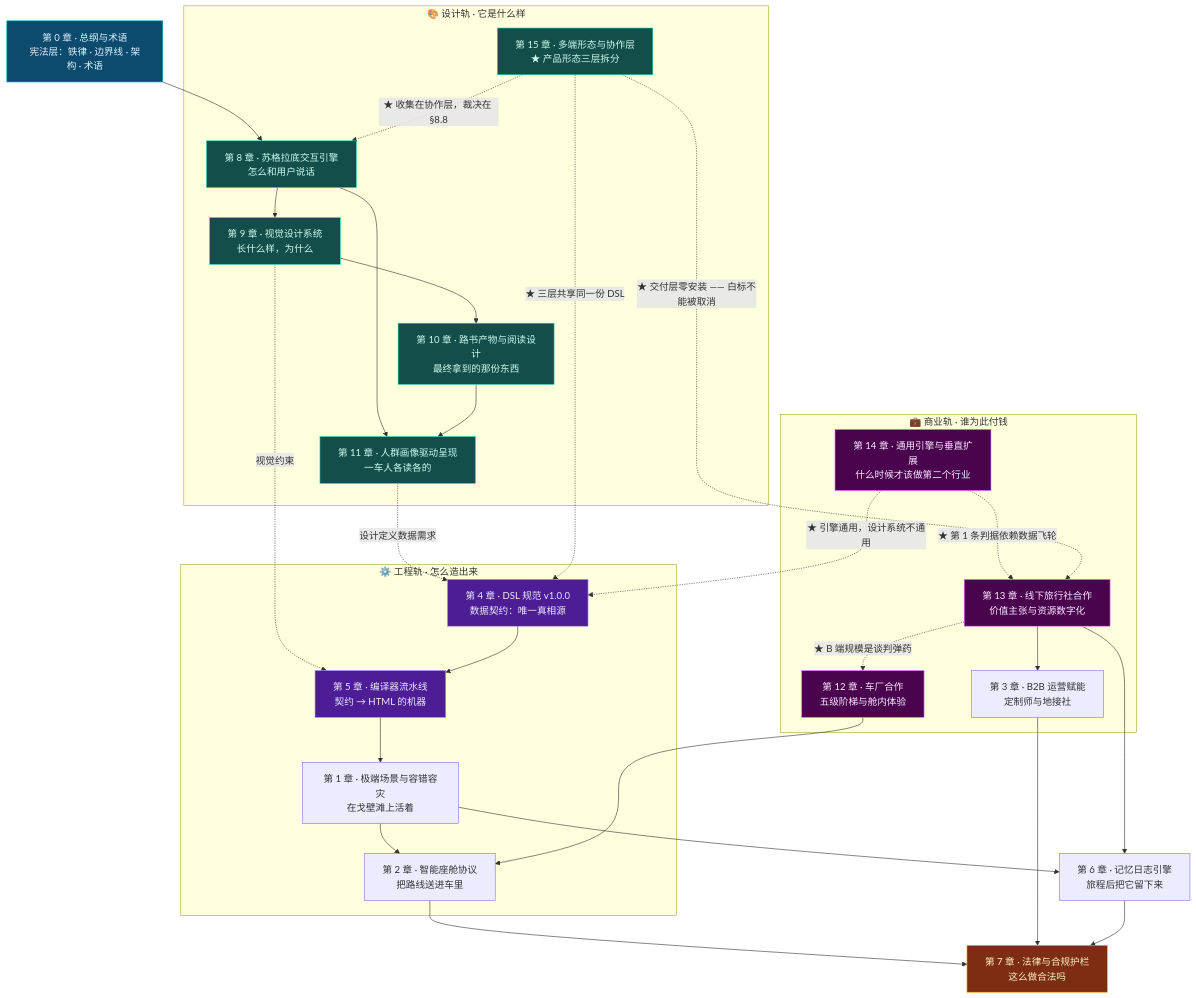
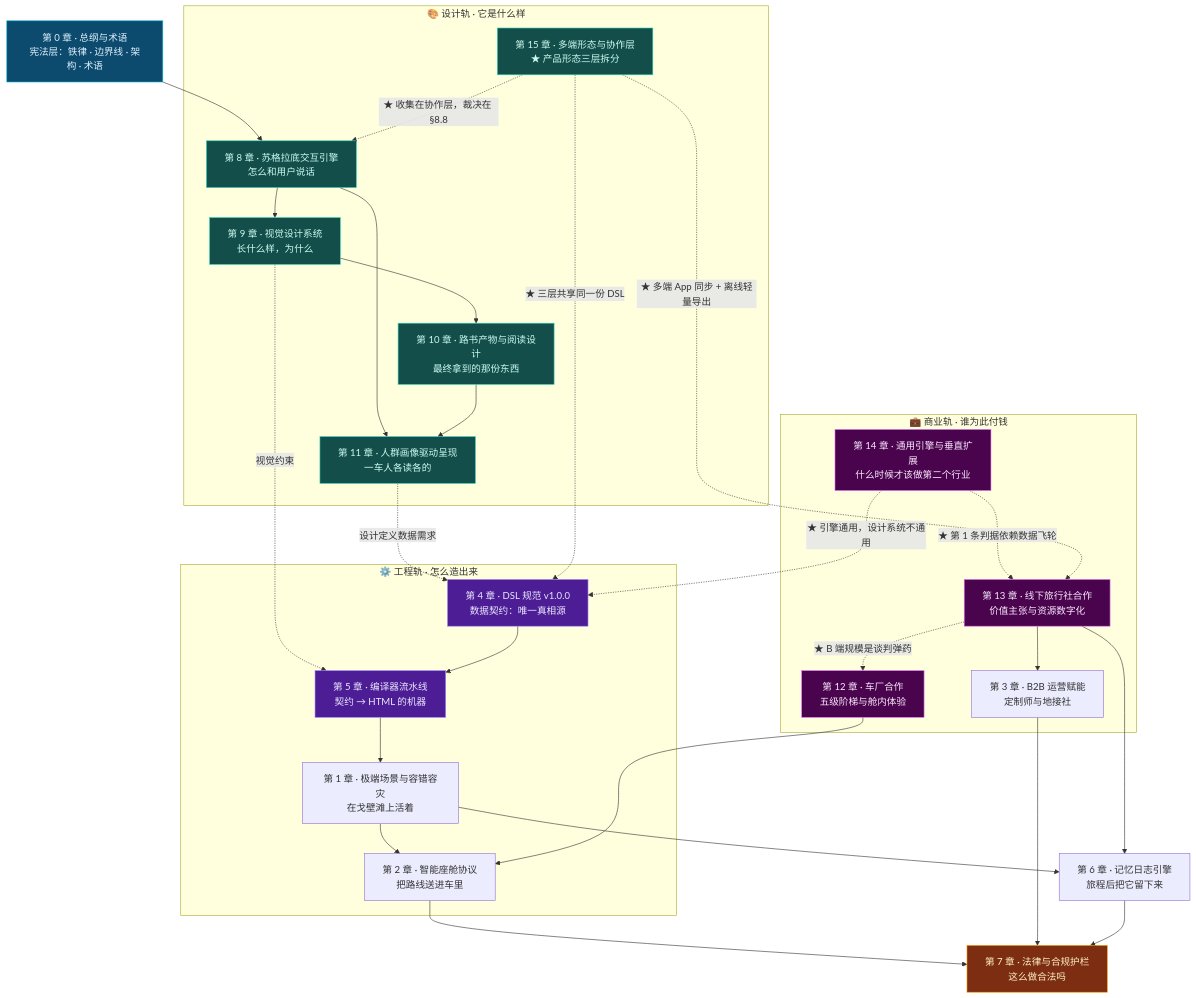
Before and after one commit to JohnMaxwell0123/TripCraft: the diagram in docs/README.md, drawn with Mermaid. The commit also changed other lines of this file and 4 other files, not shown here.

````diff
--- a/docs/README.md
+++ b/docs/README.md
@@ -70,61 +70,61 @@
 ```mermaid
 flowchart TB
     CH0["第 0 章 · 总纲与术语<br/>宪法层：铁律 · 边界线 · 架构 · 术语"]
 
     subgraph DESIGN["🎨 设计轨 · 它是什么样"]
         CH8["第 8 章 · 苏格拉底交互引擎<br/>怎么和用户说话"]
         CH9["第 9 章 · 视觉设计系统<br/>长什么样，为什么"]
         CH10["第 10 章 · 路书产物与阅读设计<br/>最终拿到的那份东西"]
         CH11["第 11 章 · 人群画像驱动呈现<br/>一车人各读各的"]
         CH15["第 15 章 · 多端形态与协作层<br/>★ 产品形态三层拆分"]
     end
 
     subgraph BIZ["💼 商业轨 · 谁为此付钱"]
         CH13["第 13 章 · 线下旅行社合作<br/>价值主张与资源数字化"]
         CH3["第 3 章 · B2B 运营赋能<br/>定制师与地接社"]
         CH12["第 12 章 · 车厂合作<br/>五级阶梯与舱内体验"]
         CH14["第 14 章 · 通用引擎与垂直扩展<br/>什么时候才该做第二个行业"]
     end
 
     subgraph ENGINE["⚙️ 工程轨 · 怎么造出来"]
         CH4["第 4 章 · DSL 规范 v1.0.0<br/>数据契约：唯一真相源"]
         CH5["第 5 章 · 编译器流水线<br/>契约 → HTML 的机器"]
         CH1["第 1 章 · 极端场景与容错容灾<br/>在戈壁滩上活着"]
         CH2["第 2 章 · 智能座舱协议<br/>把路线送进车里"]
     end
 
     CH6["第 6 章 · 记忆日志引擎<br/>旅程后把它留下来"]
     CH7["第 7 章 · 法律与合规护栏<br/>这么做合法吗"]
 
     CH0 --> CH8
     CH8 --> CH9 --> CH10
     CH8 --> CH11
     CH10 --> CH11
     CH11 -. 设计定义数据需求 .-> CH4
     CH9 -. 视觉约束 .-> CH5
     CH4 --> CH5 --> CH1
     CH1 --> CH2 & CH6
     CH13 --> CH3
     CH13 -. ★ B 端规模是谈判弹药 .-> CH12
     CH12 --> CH2
     CH13 --> CH6
     CH14 -.->|"★ 第 1 条判据依赖数据飞轮"| CH13
     CH14 -.->|"★ 引擎通用，设计系统不通用"| CH4
     CH15 -.->|"★ 三层共享同一份 DSL"| CH4
     CH15 -.->|"★ 收集在协作层，裁决在 §8.8"| CH8
-    CH15 -.->|"★ 交付层零安装 —— 白标不能被取消"| CH13
+    CH15 -.->|"★ 多端 App 同步 + 离线轻量导出"| CH13
     CH2 & CH3 & CH6 --> CH7
 
     style CH0 fill:#0c4a6e,stroke:#06b6d4,color:#e0f2fe
     style CH4 fill:#4c1d95,stroke:#a78bfa,color:#ede9fe
     style CH5 fill:#4c1d95,stroke:#a78bfa,color:#ede9fe
     style CH7 fill:#7c2d12,stroke:#f59e0b,color:#fef3c7
     style CH8 fill:#134e4a,stroke:#2dd4bf,color:#ccfbf1
     style CH9 fill:#134e4a,stroke:#2dd4bf,color:#ccfbf1
     style CH10 fill:#134e4a,stroke:#2dd4bf,color:#ccfbf1
     style CH11 fill:#134e4a,stroke:#2dd4bf,color:#ccfbf1
     style CH12 fill:#4a044e,stroke:#e879f9,color:#fae8ff
     style CH13 fill:#4a044e,stroke:#e879f9,color:#fae8ff
     style CH14 fill:#4a044e,stroke:#e879f9,color:#fae8ff
     style CH15 fill:#134e4a,stroke:#2dd4bf,color:#ccfbf1
 ```
````
